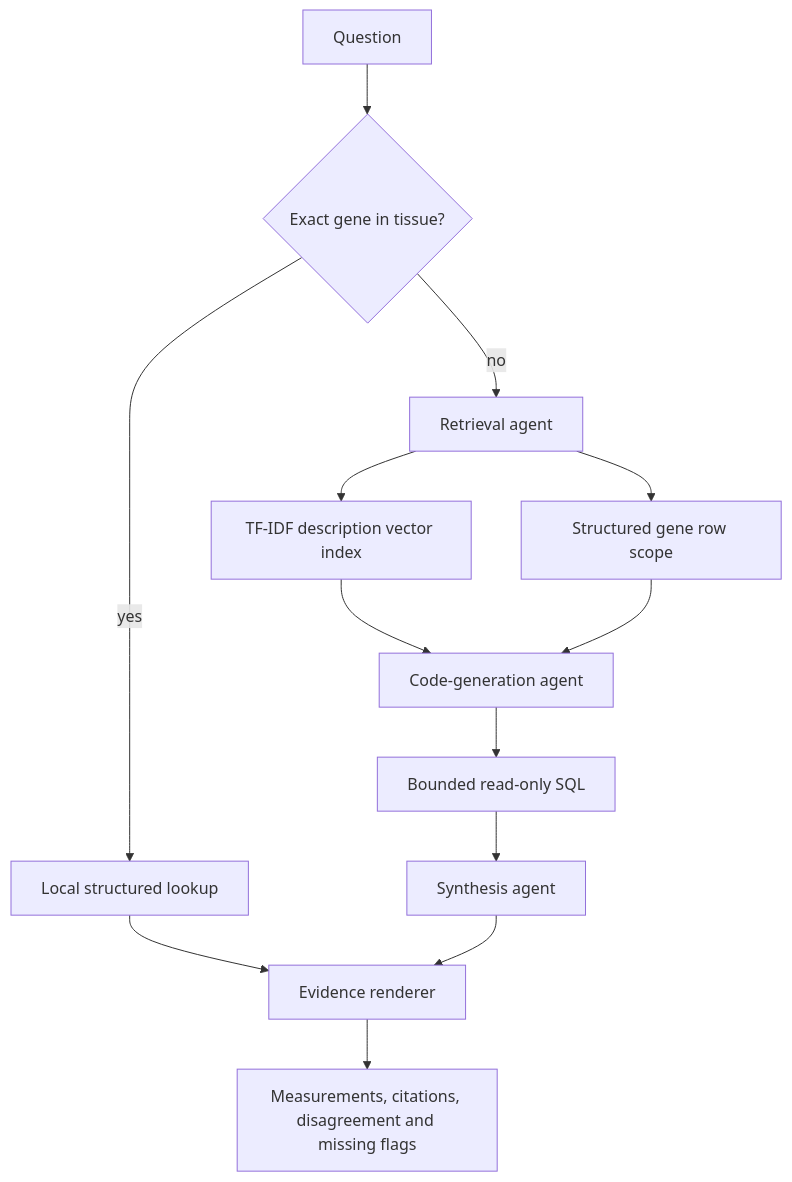
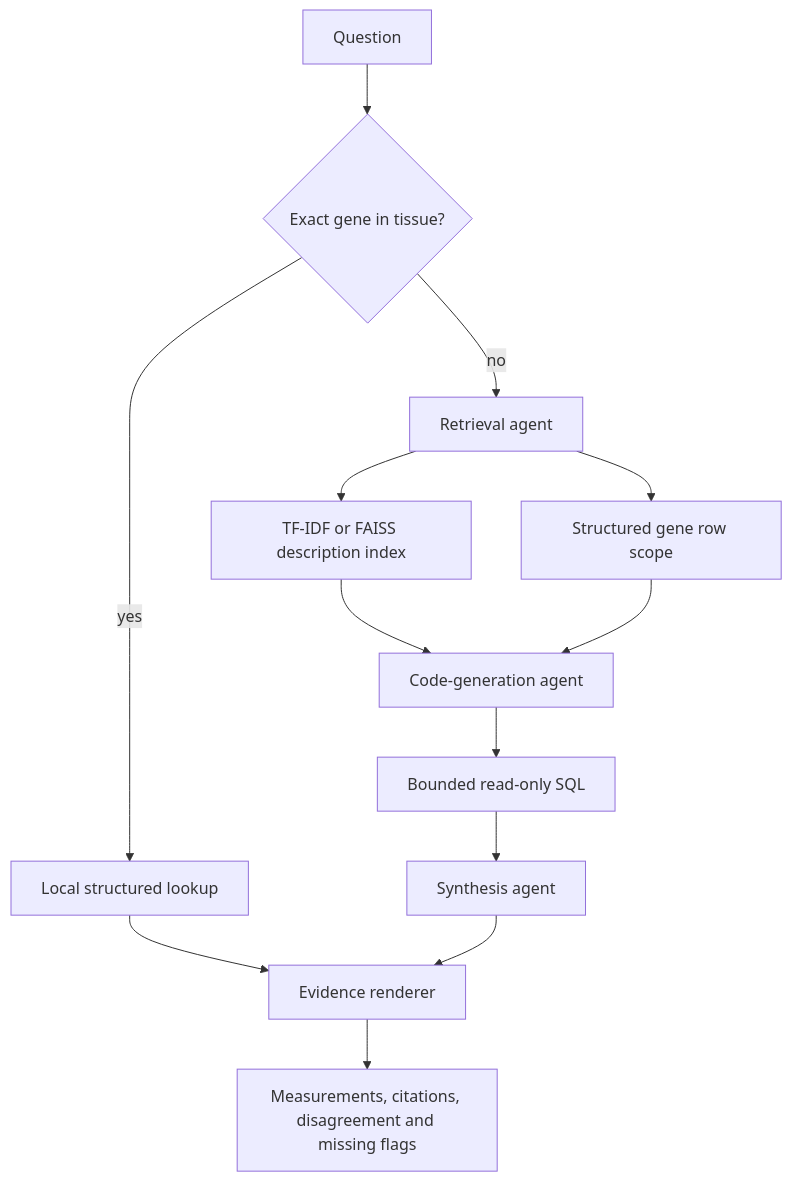
The diagram in docs/design.md (jackaI1/omics-rag-agent), drawn with Mermaid before and after one commit. The commit also changed other lines of this file and 26 other files, not shown here.

````diff
--- a/docs/design.md
+++ b/docs/design.md
@@ -5,15 +5,15 @@
 ```mermaid
 flowchart TD
     Q[Question] --> R{Exact gene in tissue?}
     R -->|yes| L[Local structured lookup]
     R -->|no| A[Retrieval agent]
-    A --> V[TF-IDF description vector index]
+    A --> V[TF-IDF or FAISS description index]
     A --> S[Structured gene row scope]
     V --> C[Code-generation agent]
     S --> C
     C --> DB[Bounded read-only SQL]
     DB --> Y[Synthesis agent]
     L --> E[Evidence renderer]
     Y --> E
     E --> O[Measurements, citations, disagreement and missing flags]
 ```
````
